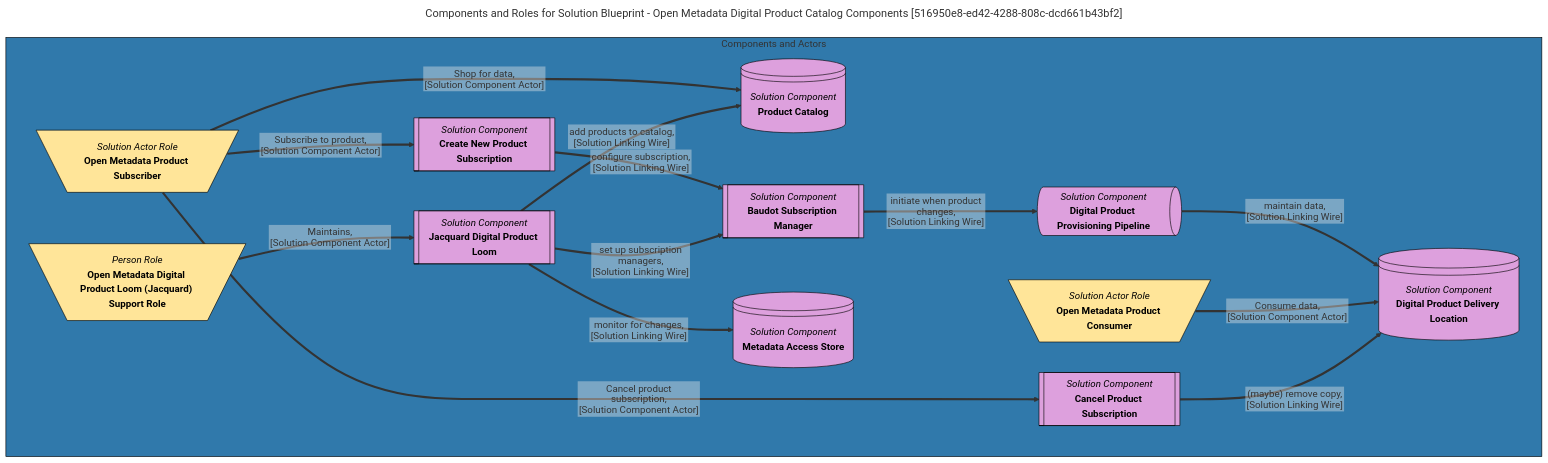
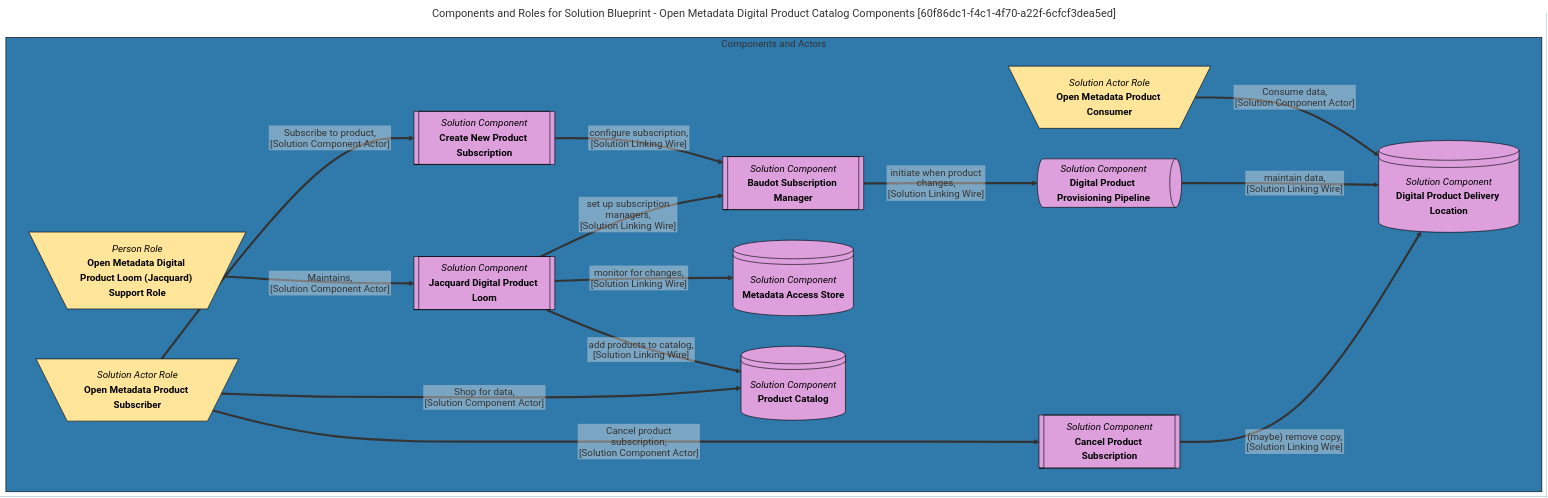
One commit to odpi/egeria-docs changed the diagram in site/snippets/blueprints/digital-products/open-metadata-digital-product-catalog-components-solution-blueprint-mermaid-graph.md. Above: the diagram before and after it, drawn with Mermaid. The commit also changed 2201 other files, not shown here.

````diff
--- a/site/snippets/blueprints/digital-products/open-metadata-digital-product-catalog-components-solution-blueprint-mermaid-graph.md
+++ b/site/snippets/blueprints/digital-products/open-metadata-digital-product-catalog-components-solution-blueprint-mermaid-graph.md
@@ -1,68 +1,68 @@
 ```mermaid
 ---
-title: Components and Roles for Solution Blueprint - Open Metadata Digital Product Catalog Components [516950e8-ed42-4288-808c-dcd661b43bf2]
+title: Components and Roles for Solution Blueprint - Open Metadata Digital Product Catalog Components [60f86dc1-f4c1-4f70-a22f-6cfcf3dea5ed]
 ---
 flowchart TD
 %%{init: {"flowchart": {"htmlLabels": false}} }%%
 
 subgraph 1 [Components and Actors]
-2@{ shape: subproc, label: "*Solution Component*
+2@{ shape: lin-cyl, label: "*Solution Component*
+**Digital Product Delivery Location**"}
+3@{ shape: subproc, label: "*Solution Component*
+**Cancel Product Subscription**"}
+4@{ shape: das, label: "*Solution Component*
+**Digital Product Provisioning Pipeline**"}
+5@{ shape: subproc, label: "*Solution Component*
 **Create New Product Subscription**"}
-3@{ shape: das, label: "*Solution Component*
-**Digital Product Provisioning Pipeline**"}
-4@{ shape: lin-cyl, label: "*Solution Component*
+6@{ shape: subproc, label: "*Solution Component*
+**Baudot Subscription Manager**"}
+7@{ shape: subproc, label: "*Solution Component*
+**Jacquard Digital Product Loom**"}
+8@{ shape: lin-cyl, label: "*Solution Component*
+**Metadata Access Store**"}
+9@{ shape: lin-cyl, label: "*Solution Component*
 **Product Catalog**"}
-5@{ shape: lin-cyl, label: "*Solution Component*
-**Digital Product Delivery Location**"}
-6@{ shape: subproc, label: "*Solution Component*
-**Jacquard Digital Product Loom**"}
-7@{ shape: subproc, label: "*Solution Component*
-**Cancel Product Subscription**"}
-8@{ shape: subproc, label: "*Solution Component*
-**Baudot Subscription Manager**"}
-9@{ shape: lin-cyl, label: "*Solution Component*
-**Metadata Access Store**"}
 10@{ shape: trap-t, label: "*Solution Actor Role*
+**Open Metadata Product Consumer**"}
+10==>|"Consume data,
+[Solution Component Actor]"|2
+4==>|"maintain data,
+[Solution Linking Wire]"|2
+3==>|"(maybe) remove copy,
+[Solution Linking Wire]"|2
+11@{ shape: trap-t, label: "*Solution Actor Role*
 **Open Metadata Product Subscriber**"}
-10==>|"Subscribe to product,
-[Solution Component Actor]"|2
-2==>|"configure subscription,
-[Solution Linking Wire]"|8
-3==>|"maintain data,
-[Solution Linking Wire]"|5
-8==>|"initiate when product changes,
-[Solution Linking Wire]"|3
-10==>|"Shop for data,
-[Solution Component Actor]"|4
-6==>|"add products to catalog,
+11==>|"Cancel product subscription,
+[Solution Component Actor]"|3
+6==>|"initiate when product changes,
 [Solution Linking Wire]"|4
-11@{ shape: trap-t, label: "*Solution Actor Role*
-**Open Metadata Product Consumer**"}
-11==>|"Consume data,
+11==>|"Subscribe to product,
 [Solution Component Actor]"|5
-7==>|"(maybe) remove copy,
-[Solution Linking Wire]"|5
+5==>|"configure subscription,
+[Solution Linking Wire]"|6
+7==>|"set up subscription managers,
+[Solution Linking Wire]"|6
 12@{ shape: trap-t, label: "*Person Role*
 **Open Metadata Digital Product Loom (Jacquard) Support Role**"}
 12==>|"Maintains,
-[Solution Component Actor]"|6
-6==>|"monitor for changes,
+[Solution Component Actor]"|7
+7==>|"add products to catalog,
 [Solution Linking Wire]"|9
-6==>|"set up subscription managers,
+7==>|"monitor for changes,
 [Solution Linking Wire]"|8
-10==>|"Cancel product subscription,
-[Solution Component Actor]"|7
+11==>|"Shop for data,
+[Solution Component Actor]"|9
 end
 style 11 color:#000000, fill:#FFE599, stroke:#000000
 style 1 color:#FFFFFF, fill:#3079ab, stroke:#000000
 style 12 color:#000000, fill:#FFE599, stroke:#000000
-style 2 color:#000000, fill:#dda0dd, stroke:#000000
-style 3 color:#000000, fill:#dda0dd, stroke:#000000
-style 4 color:#000000, fill:#dda0dd, stroke:#000000
-style 5 color:#000000, fill:#dda0dd, stroke:#000000
-style 6 color:#000000, fill:#dda0dd, stroke:#000000
-style 7 color:#000000, fill:#dda0dd, stroke:#000000
-style 8 color:#000000, fill:#dda0dd, stroke:#000000
-style 9 color:#000000, fill:#dda0dd, stroke:#000000
+style 2 color:#000000, fill:#DDA0DD, stroke:#000000
+style 3 color:#000000, fill:#DDA0DD, stroke:#000000
+style 4 color:#000000, fill:#DDA0DD, stroke:#000000
+style 5 color:#000000, fill:#DDA0DD, stroke:#000000
+style 6 color:#000000, fill:#DDA0DD, stroke:#000000
+style 7 color:#000000, fill:#DDA0DD, stroke:#000000
+style 8 color:#000000, fill:#DDA0DD, stroke:#000000
+style 9 color:#000000, fill:#DDA0DD, stroke:#000000
 style 10 color:#000000, fill:#FFE599, stroke:#000000
 ```
````
